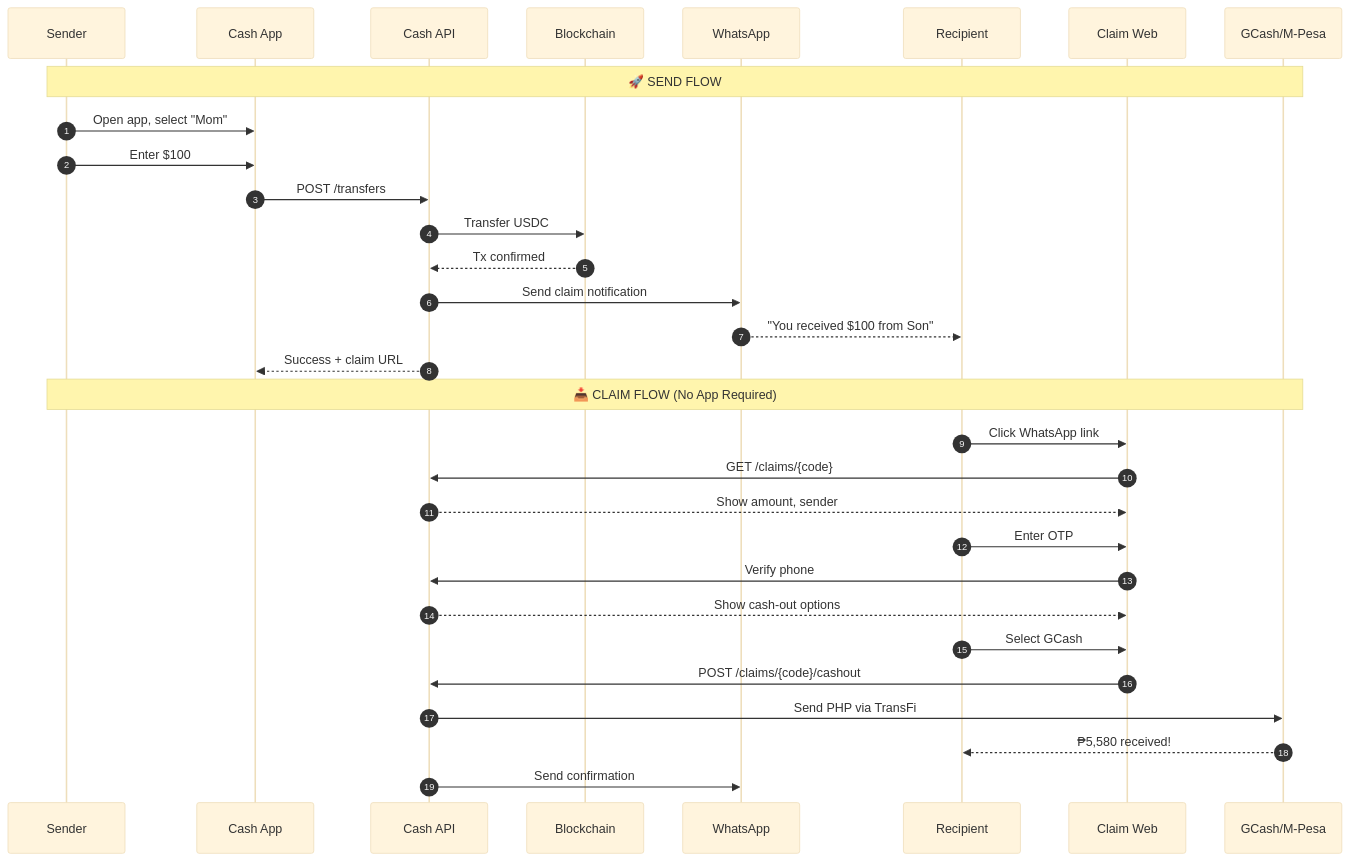
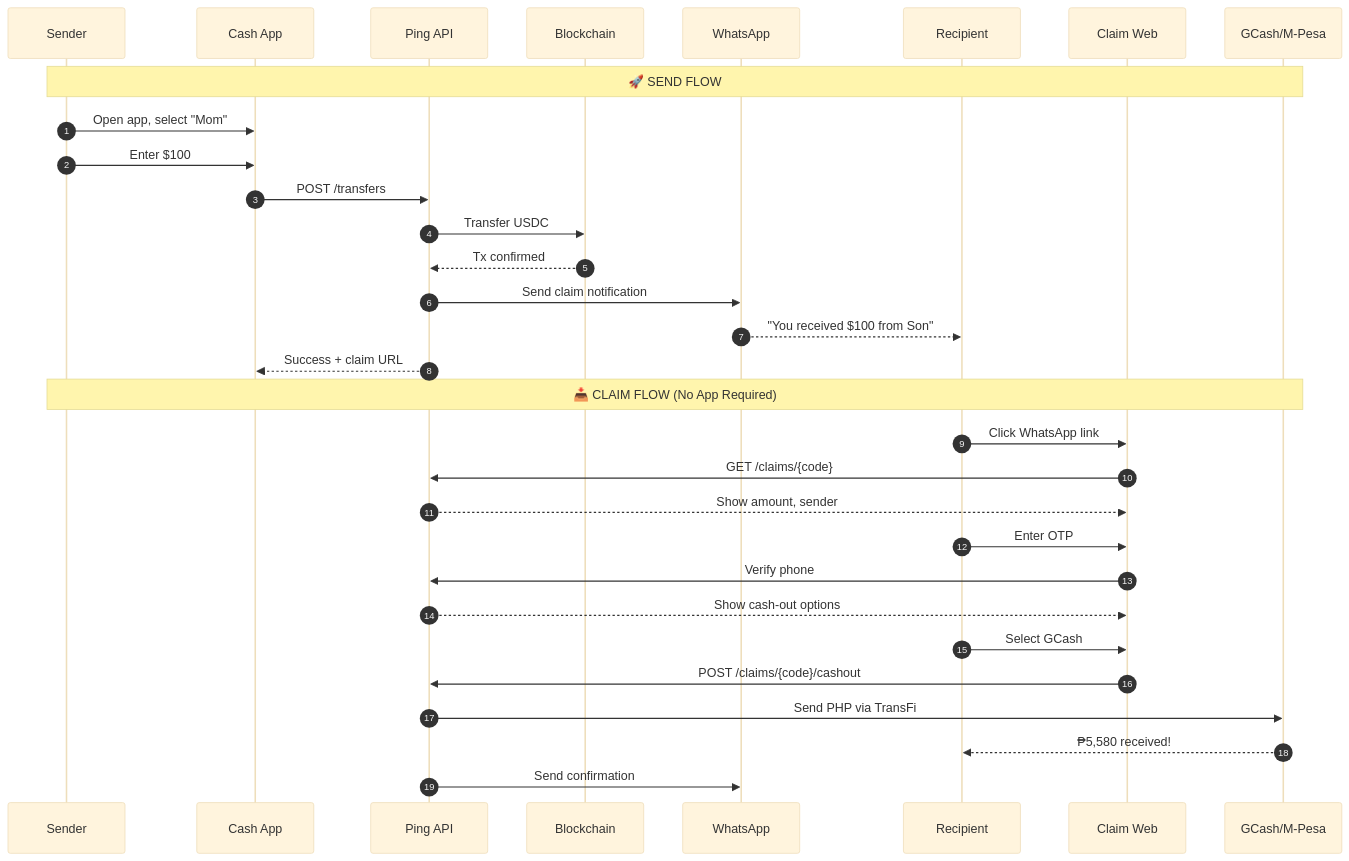
One commit to ping-cash/ping-cash changed the second of 12 diagrams in README.md. Above: the diagram before and after it, drawn with Mermaid (base theme). The commit also changed other lines of this file and 38 other files, not shown here.

First line of the commit message:
chore: rebrand Cash → Ping; migrate to ping-cash/ping-cash

````diff
--- a/README.md
+++ b/README.md
@@ -72,35 +72,35 @@
 ```mermaid
 sequenceDiagram
     autonumber
     participant S as Sender
     participant App as Cash App
-    participant API as Cash API
+    participant API as Ping API
     participant Chain as Blockchain
     participant WA as WhatsApp
     participant R as Recipient
     participant Web as Claim Web
     participant GCash as GCash/M-Pesa
 
     Note over S,GCash: 🚀 SEND FLOW
     S->>App: Open app, select "Mom"
     S->>App: Enter $100
     App->>API: POST /transfers
     API->>Chain: Transfer USDC
     Chain-->>API: Tx confirmed
     API->>WA: Send claim notification
     WA-->>R: "You received $100 from Son"
     API-->>App: Success + claim URL
 
     Note over S,GCash: 📥 CLAIM FLOW (No App Required)
     R->>Web: Click WhatsApp link
     Web->>API: GET /claims/{code}
     API-->>Web: Show amount, sender
     R->>Web: Enter OTP
     Web->>API: Verify phone
     API-->>Web: Show cash-out options
     R->>Web: Select GCash
     Web->>API: POST /claims/{code}/cashout
     API->>GCash: Send PHP via TransFi
     GCash-->>R: ₱5,580 received!
     API->>WA: Send confirmation
 ```
````
